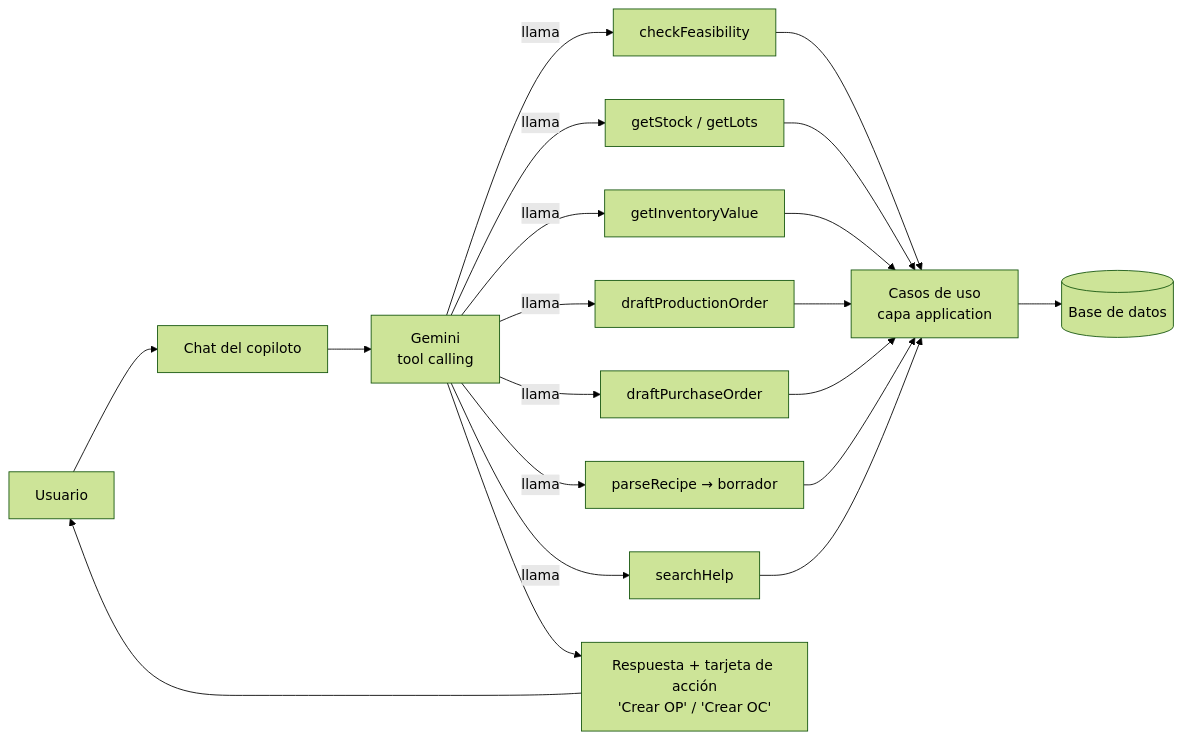
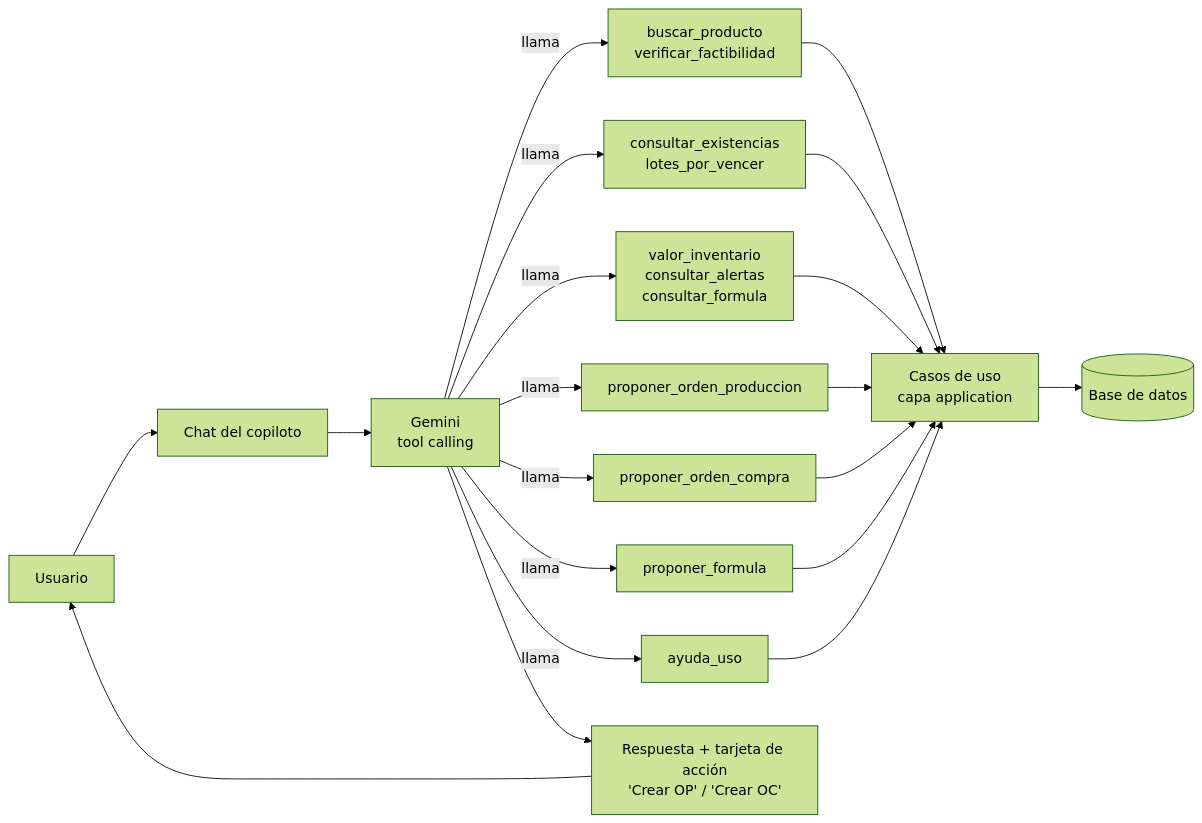
One commit to juligomez-ai/Prueba-inventariof changed the fifth of 6 diagrams in README.md. Above: the diagram before and after it, drawn with Mermaid (forest theme). The commit also changed other lines of this file and 9 other files, not shown here.

````diff
--- a/README.md
+++ b/README.md
@@ -708,16 +712,16 @@
 ```mermaid
 flowchart LR
   U[Usuario] --> CHAT[Chat del copiloto]
   CHAT --> LLM[Gemini<br/>tool calling]
-  LLM -->|llama| T1[checkFeasibility]
-  LLM -->|llama| T2[getStock / getLots]
-  LLM -->|llama| T3[getInventoryValue]
-  LLM -->|llama| T4[draftProductionOrder]
-  LLM -->|llama| T5[draftPurchaseOrder]
-  LLM -->|llama| T6[parseRecipe → borrador]
-  LLM -->|llama| T7[searchHelp]
+  LLM -->|llama| T1[buscar_producto<br/>verificar_factibilidad]
+  LLM -->|llama| T2[consultar_existencias<br/>lotes_por_vencer]
+  LLM -->|llama| T3[valor_inventario<br/>consultar_alertas<br/>consultar_formula]
+  LLM -->|llama| T4[proponer_orden_produccion]
+  LLM -->|llama| T5[proponer_orden_compra]
+  LLM -->|llama| T6[proponer_formula]
+  LLM -->|llama| T7[ayuda_uso]
   T1 & T2 & T3 & T4 & T5 & T6 & T7 --> UC[Casos de uso<br/>capa application]
   UC --> DB[(Base de datos)]
   LLM --> RESP[Respuesta + tarjeta de acción<br/>'Crear OP' / 'Crear OC']
   RESP --> U
 ```
````
